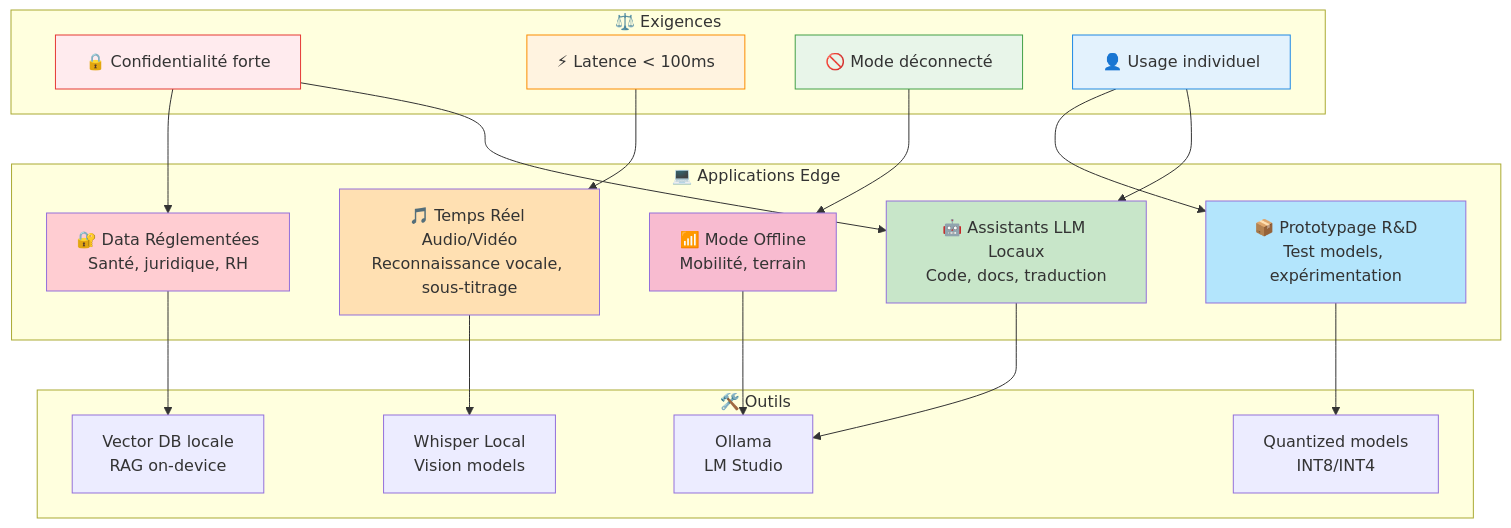
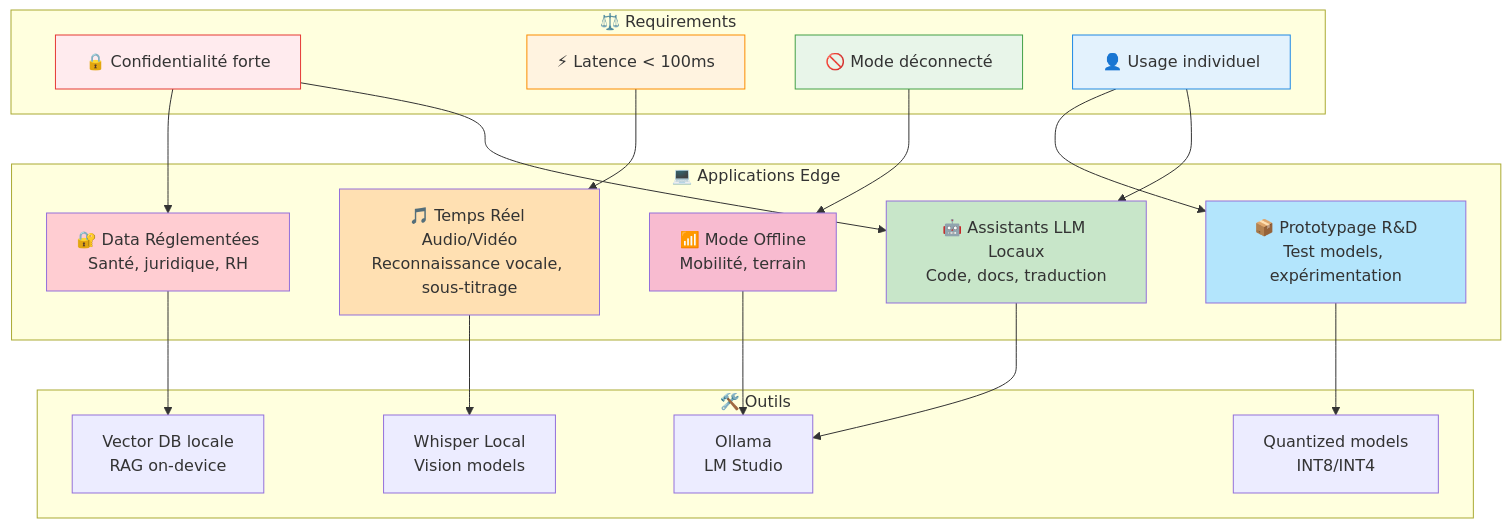
The diagram in docs/use-cases/application-types.md (brunseba/ai-tech-watch), drawn with Mermaid before and after one commit. The commit also changed other lines of this file and 24 other files, not shown here.

````diff
--- a/docs/use-cases/application-types.md
+++ b/docs/use-cases/application-types.md
@@ -8,47 +8,47 @@
 ```mermaid
 graph TB
-    subgraph Requirements["⚖️ Exigences"]
+    subgraph Requirements["⚖️ Requirements"]
         R1[🔒 Confidentialité forte]
         R2[⚡ Latence < 100ms]
         R3[🚫 Mode déconnecté]
         R4[👤 Usage individuel]
     end
     
     subgraph Apps["💻 Applications Edge"]
         A1[🤖 Assistants LLM Locaux<br/>Code, docs, traduction]
         A2[🎵 Temps Réel Audio/Vidéo<br/>Reconnaissance vocale, sous-titrage]
         A3[🔐 Data Réglementées<br/>Santé, juridique, RH]
         A4[📦 Prototypage R&D<br/>Test models, expérimentation]
         A5[📶 Mode Offline<br/>Mobilité, terrain]
     end
     
     subgraph Tools["🛠️ Outils"]
         T1[Ollama<br/>LM Studio]
         T2[Whisper Local<br/>Vision models]
         T3[Vector DB locale<br/>RAG on-device]
         T4[Quantized models<br/>INT8/INT4]
     end
     
     R1 --> A1
     R1 --> A3
     R2 --> A2
     R3 --> A5
     R4 --> A1
     R4 --> A4
     
     A1 --> T1
     A2 --> T2
     A3 --> T3
     A4 --> T4
     A5 --> T1
     
     style R1 fill:#ffebee,stroke:#e53935
     style R2 fill:#fff3e0,stroke:#fb8c00
     style R3 fill:#e8f5e9,stroke:#43a047
     style R4 fill:#e3f2fd,stroke:#1e88e5
     style A1 fill:#c8e6c9
     style A2 fill:#ffe0b2
     style A3 fill:#ffcdd2
     style A4 fill:#b3e5fc
     style A5 fill:#f8bbd0
 ```
````
